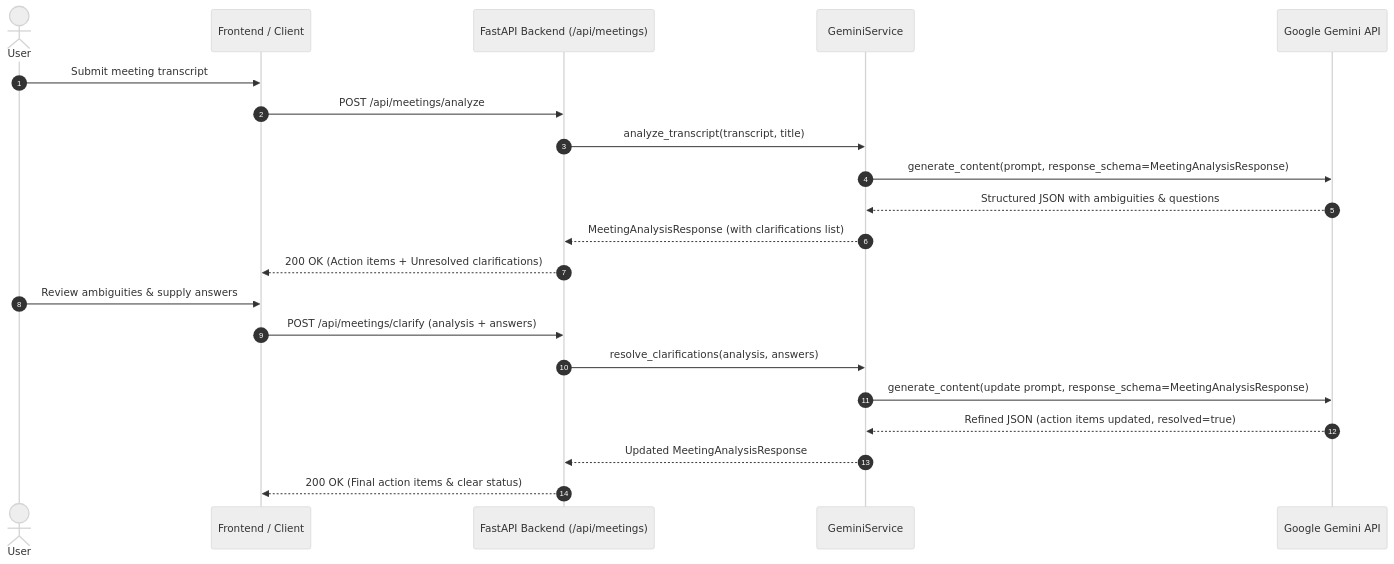
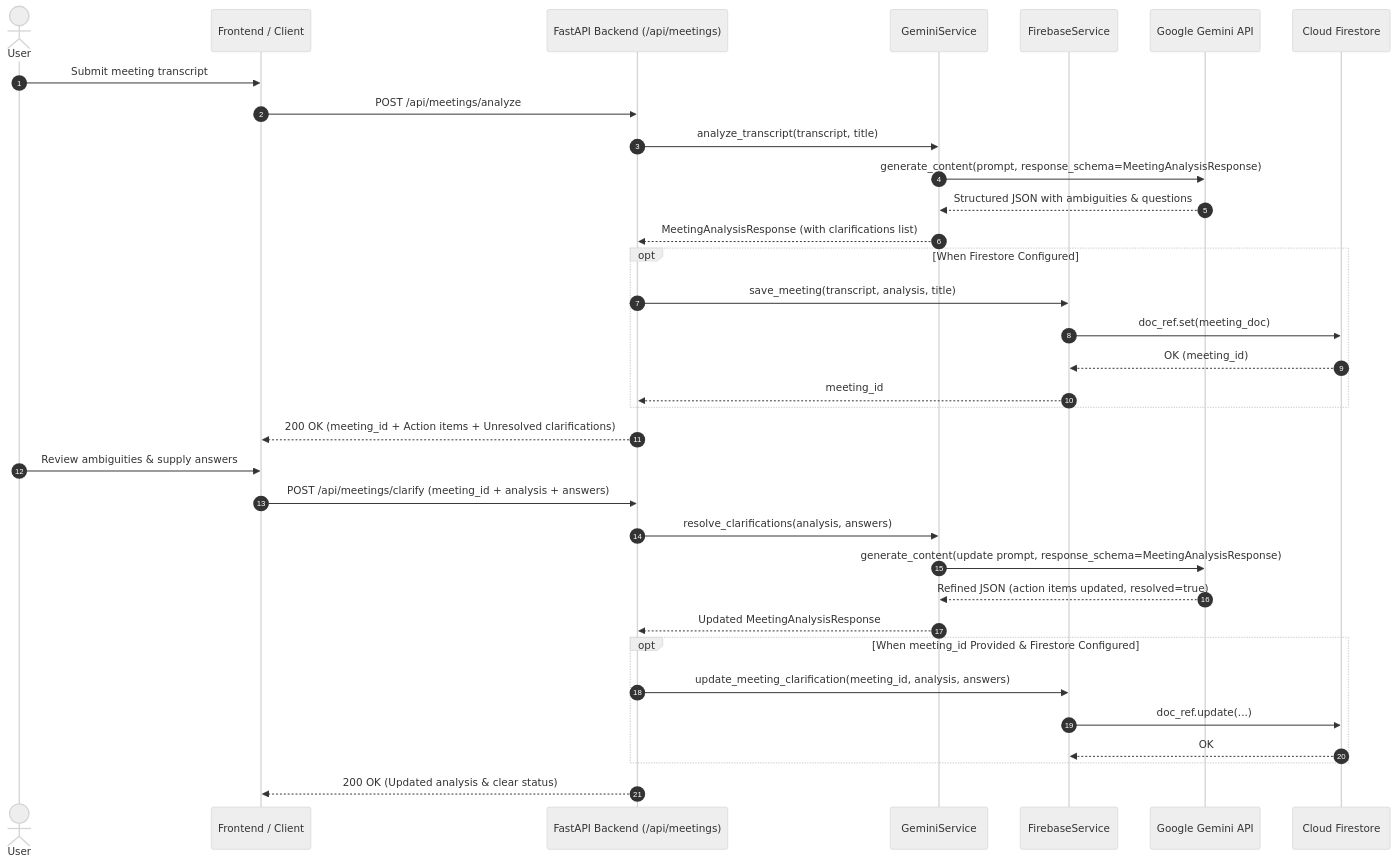
One commit to rohitt-prog/MeetMindAI changed the second of 2 diagrams in docs/architecture.md. Above: the diagram before and after it, drawn with Mermaid (neutral theme). The commit also changed other lines of this file and 20 other files, not shown here.

Commit message:
feat: add Firebase meeting persistence

````diff
--- a/docs/architecture.md
+++ b/docs/architecture.md
@@ -80,25 +96,38 @@
 ```mermaid
 sequenceDiagram
     autonumber
     actor User
     participant Frontend as Frontend / Client
     participant API as FastAPI Backend (/api/meetings)
-    participant Service as GeminiService
+    participant Gemini as GeminiService
+    participant Firestore as FirebaseService
     participant LLM as Google Gemini API
+    participant DB as Cloud Firestore
 
     User->>Frontend: Submit meeting transcript
     Frontend->>API: POST /api/meetings/analyze
-    API->>Service: analyze_transcript(transcript, title)
-    Service->>LLM: generate_content(prompt, response_schema=MeetingAnalysisResponse)
-    LLM-->>Service: Structured JSON with ambiguities & questions
-    Service-->>API: MeetingAnalysisResponse (with clarifications list)
-    API-->>Frontend: 200 OK (Action items + Unresolved clarifications)
+    API->>Gemini: analyze_transcript(transcript, title)
+    Gemini->>LLM: generate_content(prompt, response_schema=MeetingAnalysisResponse)
+    LLM-->>Gemini: Structured JSON with ambiguities & questions
+    Gemini-->>API: MeetingAnalysisResponse (with clarifications list)
+    opt When Firestore Configured
+        API->>Firestore: save_meeting(transcript, analysis, title)
+        Firestore->>DB: doc_ref.set(meeting_doc)
+        DB-->>Firestore: OK (meeting_id)
+        Firestore-->>API: meeting_id
+    end
+    API-->>Frontend: 200 OK (meeting_id + Action items + Unresolved clarifications)
     
     User->>Frontend: Review ambiguities & supply answers
-    Frontend->>API: POST /api/meetings/clarify (analysis + answers)
-    API->>Service: resolve_clarifications(analysis, answers)
-    Service->>LLM: generate_content(update prompt, response_schema=MeetingAnalysisResponse)
-    LLM-->>Service: Refined JSON (action items updated, resolved=true)
-    Service-->>API: Updated MeetingAnalysisResponse
-    API-->>Frontend: 200 OK (Final action items & clear status)
+    Frontend->>API: POST /api/meetings/clarify (meeting_id + analysis + answers)
+    API->>Gemini: resolve_clarifications(analysis, answers)
+    Gemini->>LLM: generate_content(update prompt, response_schema=MeetingAnalysisResponse)
+    LLM-->>Gemini: Refined JSON (action items updated, resolved=true)
+    Gemini-->>API: Updated MeetingAnalysisResponse
+    opt When meeting_id Provided & Firestore Configured
+        API->>Firestore: update_meeting_clarification(meeting_id, analysis, answers)
+        Firestore->>DB: doc_ref.update(...)
+        DB-->>Firestore: OK
+    end
+    API-->>Frontend: 200 OK (Updated analysis & clear status)
 ```
````
